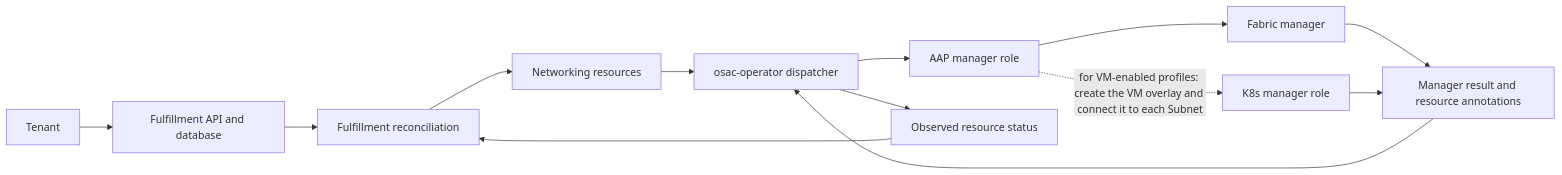
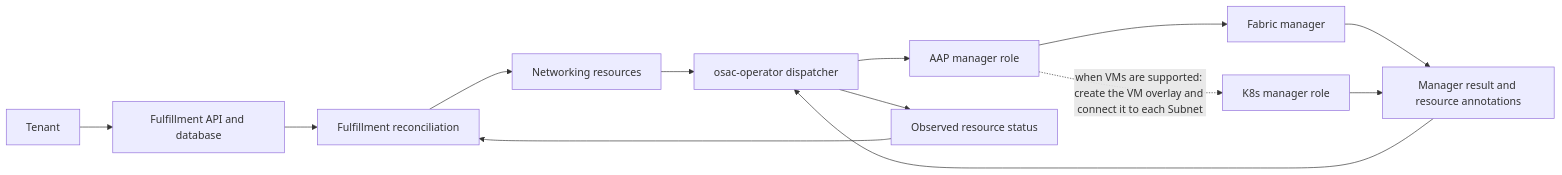
Before and after one commit to danmanor/enhancement-proposals: the diagram in enhancements/OSAC-1433-unified-networking/design.md, drawn with Mermaid. The commit also changed other lines of this file, not shown here.

Commit message:
OSAC-1433: clarify networking contracts and manager roles

````diff
--- a/enhancements/OSAC-1433-unified-networking/design.md
+++ b/enhancements/OSAC-1433-unified-networking/design.md
@@ -839,15 +865,15 @@
 ```mermaid
 flowchart LR
     Tenant --> API["Fulfillment API and database"]
     API --> Reconcile["Fulfillment reconciliation"]
     Reconcile --> Resources["Networking resources"]
     Resources --> Operator["osac-operator dispatcher"]
     Operator --> AAP["AAP manager role"]
     AAP --> Fabric["Fabric manager"]
-    AAP -. "for VM-enabled profiles: create the VM overlay and connect it to each Subnet" .-> K8s["K8s manager role"]
+    AAP -. "when VMs are supported: create the VM overlay and connect it to each Subnet" .-> K8s["K8s manager role"]
     Fabric --> Result["Manager result and resource annotations"]
     K8s --> Result
     Result --> Operator
     Operator --> Status["Observed resource status"]
     Status --> Reconcile
 ```
````
